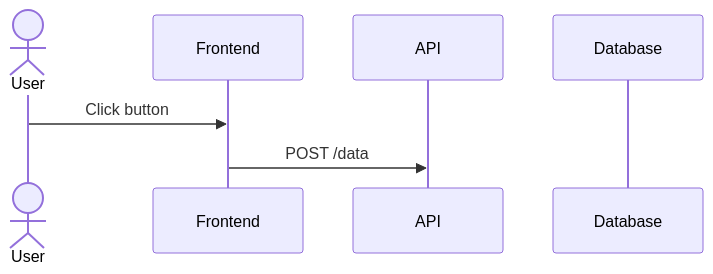
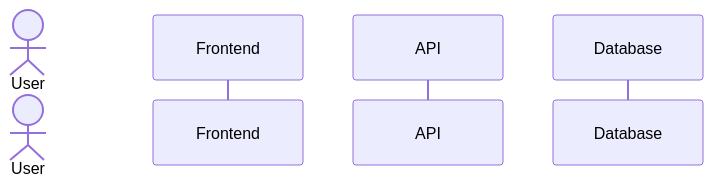
One commit to el-feo/ai-context changed the first of 10 diagrams in plugins/general/skills/mermaid-diagrams/references/sequence-diagrams.md. Above: the diagram before and after it, drawn with Mermaid. The commit also changed other lines of this file and 8 other files, not shown here.

First line of the commit message:
refactor(general): reduce mermaid-diagrams SKILL.md and trim oversized references (#207)

````diff
--- a/plugins/general/skills/mermaid-diagrams/references/sequence-diagrams.md
+++ b/plugins/general/skills/mermaid-diagrams/references/sequence-diagrams.md
@@ -16,10 +5,7 @@
 ```mermaid
 sequenceDiagram
     actor User
     participant Frontend
     participant API
     participant Database
-    
-    User->>Frontend: Click button
-    Frontend->>API: POST /data
 ```
````
